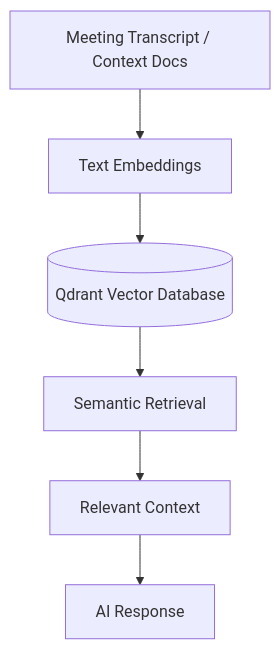
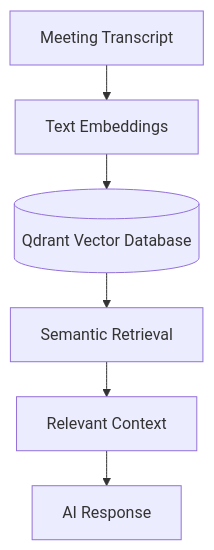
The first of 2 diagrams in README.md (darshan-gowdaa/MeetMaxxing), drawn with Mermaid before and after one commit. The commit also changed other lines of this file, not shown here.

````diff
--- a/README.md
+++ b/README.md
@@ -136,8 +139,9 @@
 ```mermaid
+%%{init: {'flowchart': {'useMaxWidth': false, 'nodeSpacing': 35, 'rankSpacing': 35} } }%%
 flowchart TD
-    A[Meeting Transcript / Context Docs] --> B[Text Embeddings]
-    B --> C[(Qdrant Vector Database)]
-    C --> D[Semantic Retrieval]
-    D --> E[Relevant Context]
-    E --> F[AI Response]
+    A[Meeting Transcript] --> B[Text Embeddings]
+    B --> C[(Qdrant Vector Database)]
+    C --> D[Semantic Retrieval]
+    D --> E[Relevant Context]
+    E --> F[AI Response]
 ```
````
